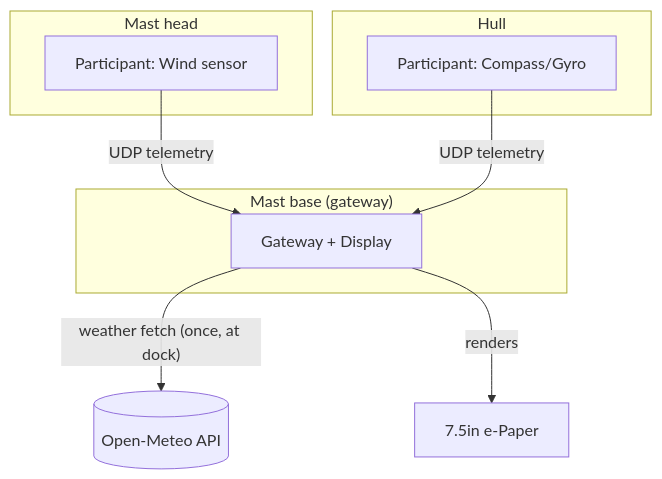
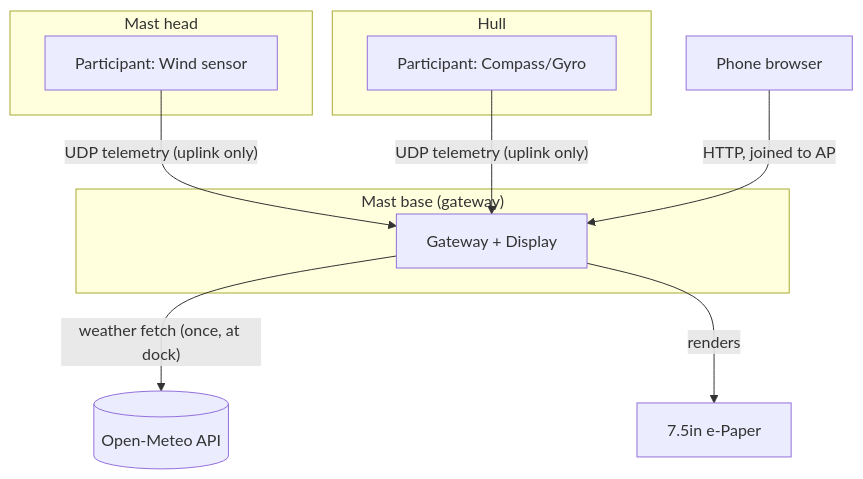
One commit to fesgre/dinghy_display_shared_components changed the diagram in docs/ARCHITECTURE.md. Above: the diagram before and after it, drawn with Mermaid. The commit also changed other lines of this file, not shown here.

Commit message:
Document phone-accessible HTTP status dashboard as a gateway responsibility

````diff
--- a/docs/ARCHITECTURE.md
+++ b/docs/ARCHITECTURE.md
@@ -5,17 +5,18 @@
 ```mermaid
 graph TD
     subgraph Mast["Mast head"]
         WIND[Participant: Wind sensor]
     end
     subgraph Hull["Hull"]
         COMPASS[Participant: Compass/Gyro]
     end
     subgraph MastBase["Mast base (gateway)"]
         GW[Gateway + Display]
     end
 
-    WIND -- UDP telemetry --> GW
-    COMPASS -- UDP telemetry --> GW
+    WIND -- UDP telemetry (uplink only) --> GW
+    COMPASS -- UDP telemetry (uplink only) --> GW
     GW -- weather fetch (once, at dock) --> INTERNET[(Open-Meteo API)]
     GW -- renders --> EPD[7.5in e-Paper]
+    PHONE[Phone browser] -- HTTP, joined to AP --> GW
 ```
````
